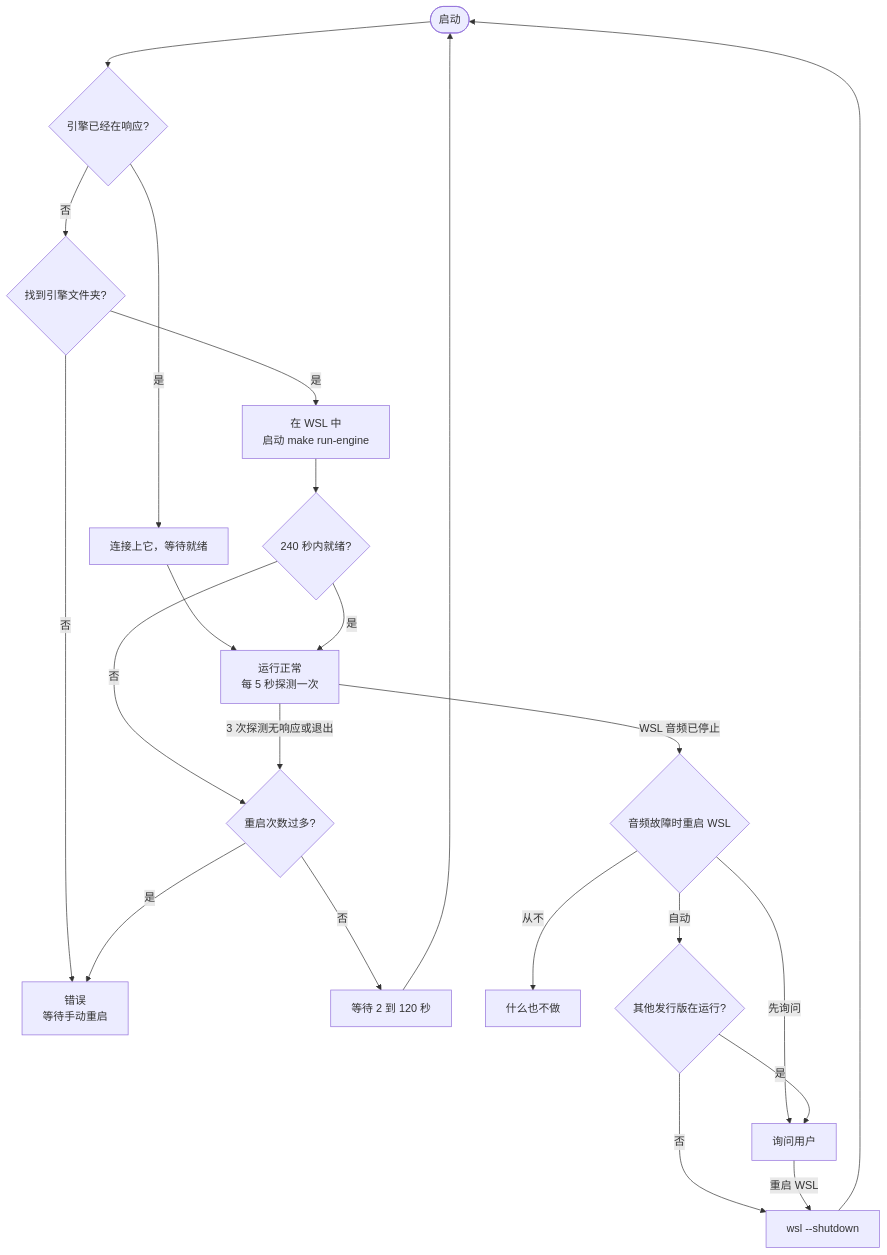
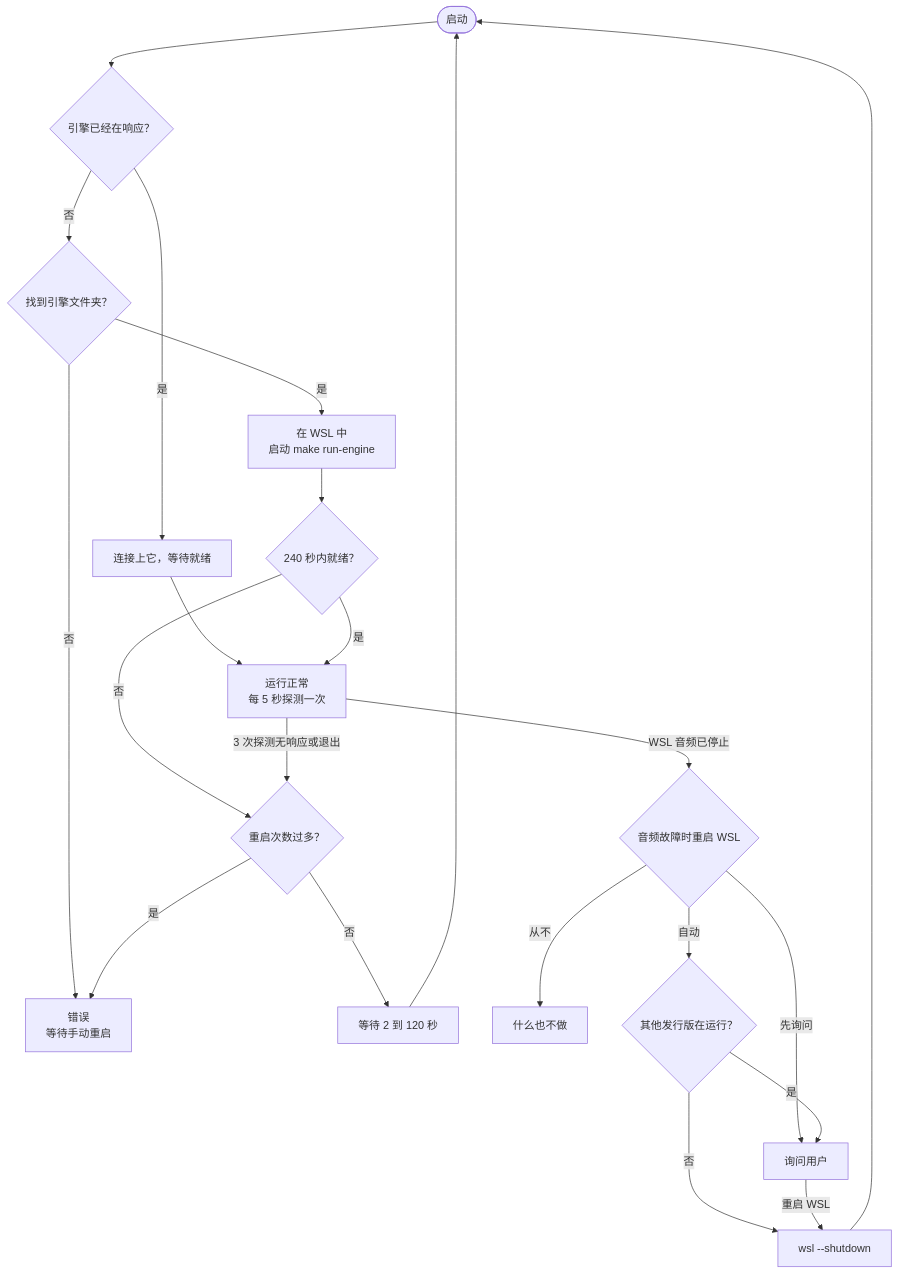
One commit to nano-br/voice-mate changed the fifth of 5 diagrams in README.zh-CN.md. Above: the diagram before and after it, drawn with Mermaid.

Commit message:
docs(readme): use full-width question marks in the Chinese diagram labels
The previous commit converted them to ASCII to match the English diagrams,
but these labels are Chinese text: Chinese punctuation uses the full-width
question mark, as the zh_CN catalog and the rest of README.zh-CN.md do, and
Mermaid renders it without issue.

````diff
--- a/README.zh-CN.md
+++ b/README.zh-CN.md
@@ -282,23 +282,23 @@
 ```mermaid
 flowchart TD
-    launch(["启动"]) --> q_health{"引擎已经在响应?"}
+    launch(["启动"]) --> q_health{"引擎已经在响应？"}
     q_health -- "是" --> attach["连接上它，等待就绪"] --> healthy
-    q_health -- "否" --> q_dir{"找到引擎文件夹?"}
+    q_health -- "否" --> q_dir{"找到引擎文件夹？"}
     q_dir -- "否" --> failed["错误<br/>等待手动重启"]
     q_dir -- "是" --> spawn["在 WSL 中<br/>启动 make run-engine"]
-    spawn --> q_ready{"240 秒内就绪?"}
+    spawn --> q_ready{"240 秒内就绪？"}
     q_ready -- "是" --> healthy["运行正常<br/>每 5 秒探测一次"]
     q_ready -- "否" --> q_breaker
-    healthy -->|"3 次探测无响应或退出"| q_breaker{"重启次数过多?"}
+    healthy -->|"3 次探测无响应或退出"| q_breaker{"重启次数过多？"}
     q_breaker -- "否" --> backoff["等待 2 到 120 秒"]
     backoff --> launch
     q_breaker -- "是" --> failed
     healthy -->|"WSL 音频已停止"| q_policy{"音频故障时重启 WSL"}
     q_policy -- "从不" --> nothing["什么也不做"]
     q_policy -- "先询问" --> ask["询问用户"]
-    q_policy -- "自动" --> q_others{"其他发行版在运行?"}
+    q_policy -- "自动" --> q_others{"其他发行版在运行？"}
     q_others -- "是" --> ask
     q_others -- "否" --> wslrestart["wsl --shutdown"]
     ask -- "重启 WSL" --> wslrestart
     wslrestart --> launch
 ```
````
